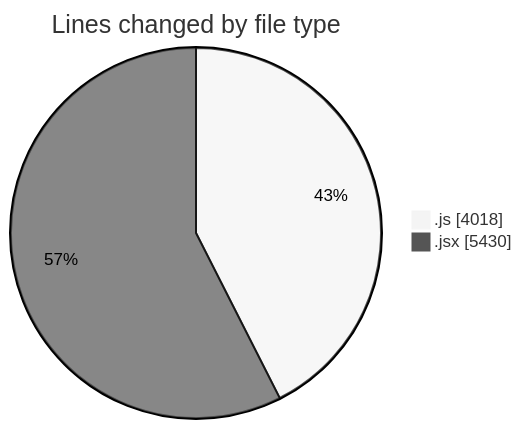
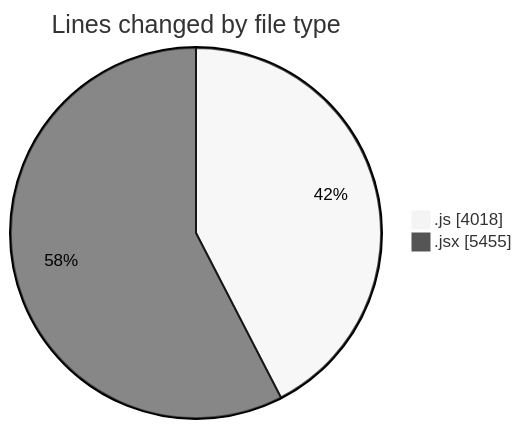
One commit to nxtqubesakshisongat/code-tracking changed the first of 2 diagrams in 2025-12-31/nxtqube_webapp/README.md. Above: the diagram before and after it, drawn with Mermaid (neutral theme). The commit also changed other lines of this file and 1 other file, not shown here.

````diff
--- a/2025-12-31/nxtqube_webapp/README.md
+++ b/2025-12-31/nxtqube_webapp/README.md
@@ -33,6 +33,6 @@
 ```mermaid
 pie showData
 title Lines changed by file type
 ".js" : 4018
-".jsx" : 5430
+".jsx" : 5455
 ```
````
